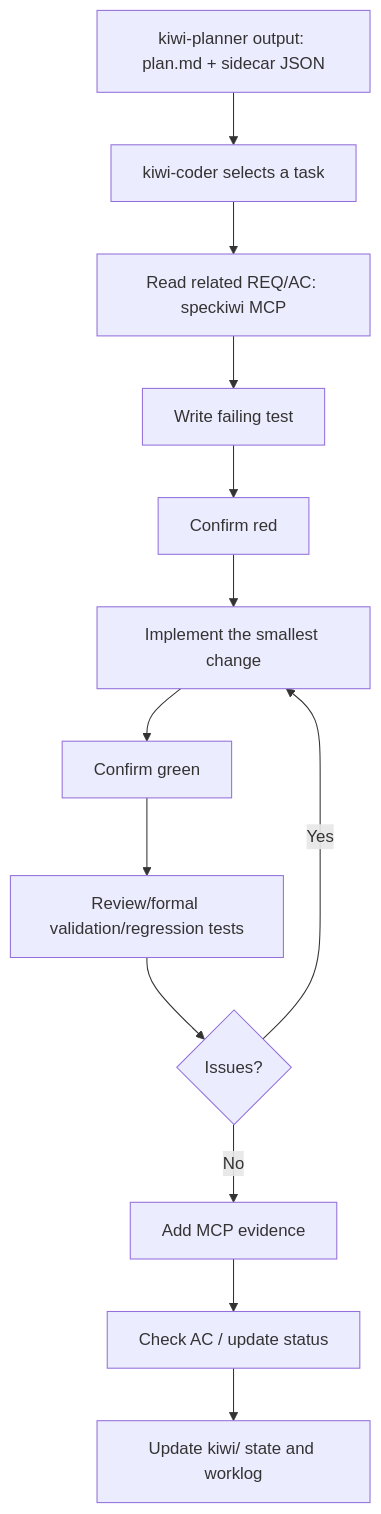
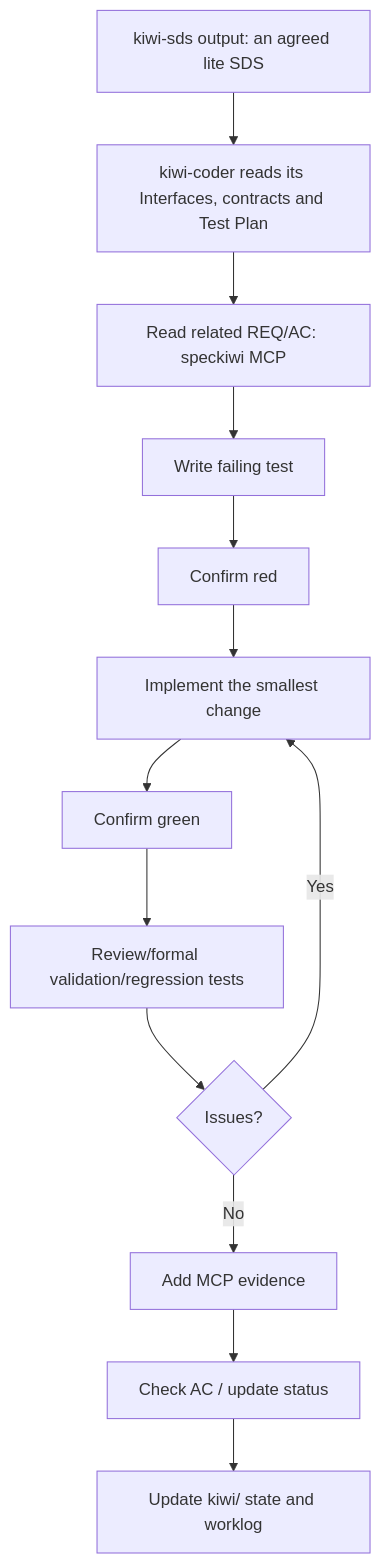
Before and after one commit to Snoworca/speckiwi: the second of 4 diagrams in README.md, drawn with Mermaid. The commit also changed other lines of this file and 577 other files, not shown here.

````diff
--- a/README.md
+++ b/README.md
@@ -361,15 +364,15 @@
 ```mermaid
 flowchart TD
-    A["kiwi-planner output: plan.md + sidecar JSON"] --> B["kiwi-coder selects a task"]
+    A["kiwi-sds output: an agreed lite SDS"] --> B["kiwi-coder reads its Interfaces, contracts and Test Plan"]
     B --> C["Read related REQ/AC: speckiwi MCP"]
     C --> D["Write failing test"]
     D --> E["Confirm red"]
     E --> F["Implement the smallest change"]
     F --> G["Confirm green"]
     G --> H["Review/formal validation/regression tests"]
     H --> I{"Issues?"}
     I -->|Yes| F
     I -->|No| J["Add MCP evidence"]
     J --> K["Check AC / update status"]
     K --> L["Update kiwi/ state and worklog"]
 ```
````
